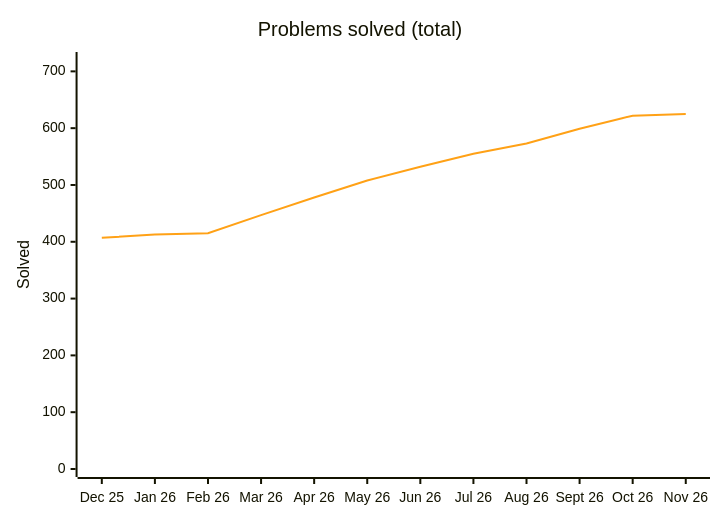
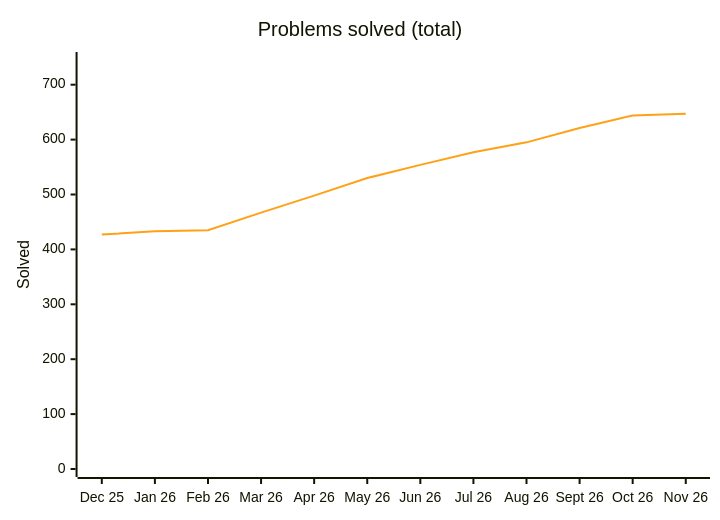
Before and after one commit to Ved-u/Java-DSA: the diagram in README.md, drawn with Mermaid. The commit also changed other lines of this file and 25 other files, not shown here.

````diff
--- a/README.md
+++ b/README.md
@@ -53,8 +53,8 @@
 ```mermaid
 %%{init: {"themeVariables": {"xyChart": {"plotColorPalette": "#ffa116"}}}}%%
 xychart-beta
     title "Problems solved (total)"
     x-axis ["Dec 25", "Jan 26", "Feb 26", "Mar 26", "Apr 26", "May 26", "Jun 26", "Jul 26", "Aug 26", "Sept 26", "Oct 26", "Nov 26"]
-    y-axis "Solved" 0 --> 720
-    line [407, 413, 415, 447, 478, 508, 532, 555, 573, 599, 622, 625]
+    y-axis "Solved" 0 --> 745
+    line [427, 433, 435, 467, 498, 530, 554, 577, 595, 621, 644, 647]
 ```
````
